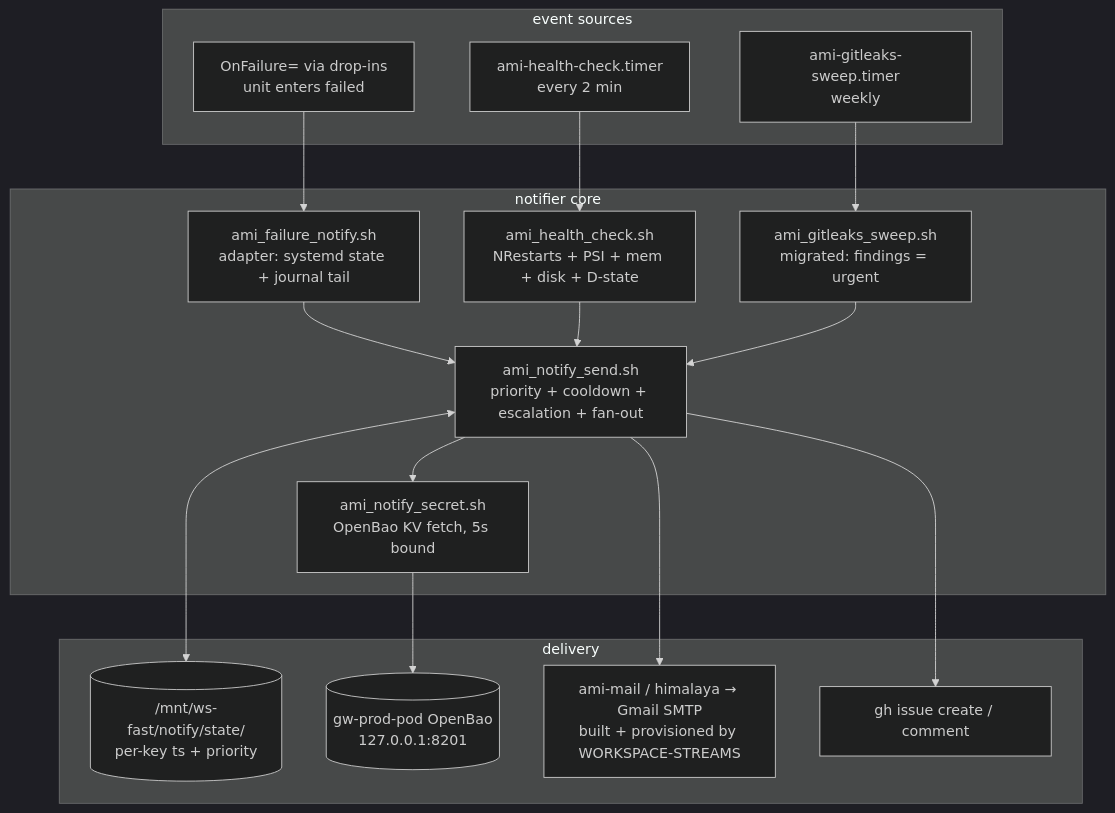
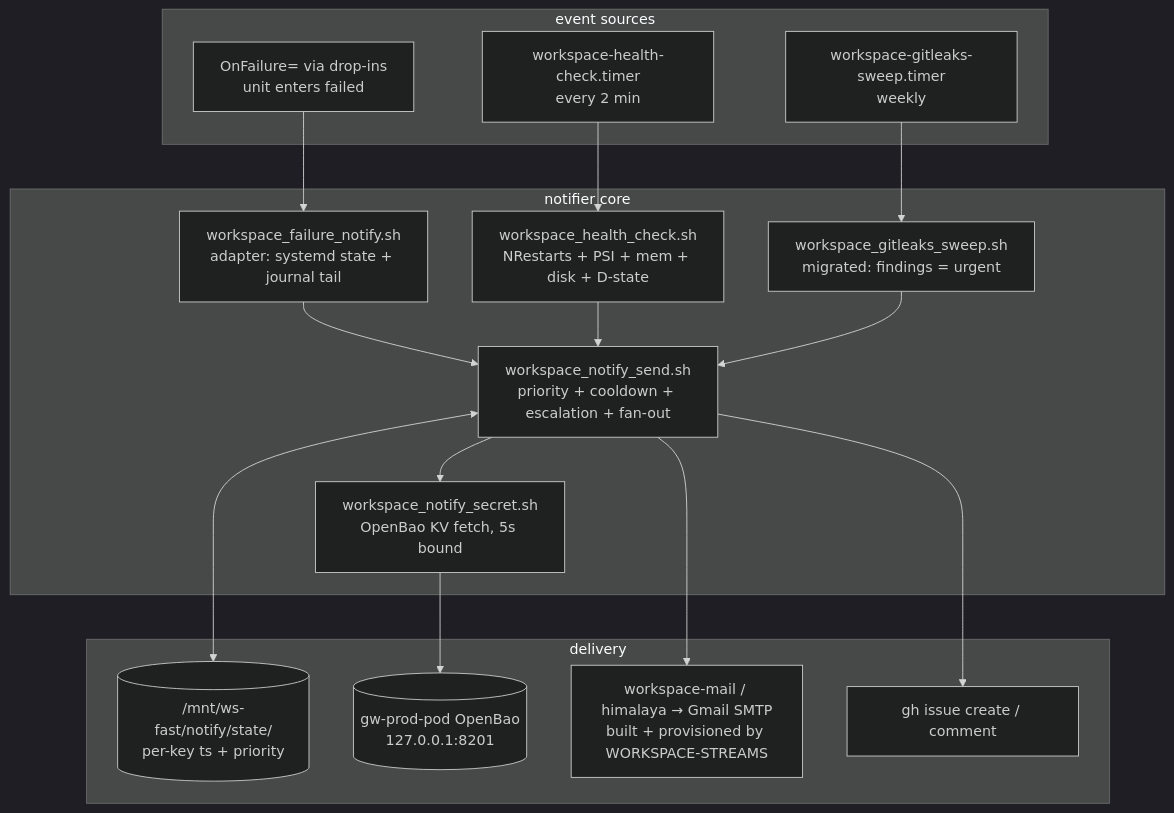
The diagram in docs/specifications/SPEC-NOTIFICATIONS.md (Independent-AI-Labs/WORKSPACE-VM), drawn with Mermaid (dark theme) before and after one commit. The commit also changed other lines of this file and 137 other files, not shown here.

````diff
--- a/docs/specifications/SPEC-NOTIFICATIONS.md
+++ b/docs/specifications/SPEC-NOTIFICATIONS.md
@@ -32,32 +32,32 @@
 ```mermaid
 flowchart TB
     subgraph events [event sources]
     OnFail[OnFailure= via drop-ins<br/>unit enters failed]
-    HC[ami-health-check.timer<br/>every 2 min]
-    GS[ami-gitleaks-sweep.timer<br/>weekly]
+    HC[workspace-health-check.timer<br/>every 2 min]
+    GS[workspace-gitleaks-sweep.timer<br/>weekly]
     end
 
     subgraph engine [notifier core]
-    Adapter[ami_failure_notify.sh<br/>adapter: systemd state + journal tail]
-    Checker[ami_health_check.sh<br/>NRestarts + PSI + mem + disk + D-state]
-    Sweep[ami_gitleaks_sweep.sh<br/>migrated: findings = urgent]
-    Core[ami_notify_send.sh<br/>priority + cooldown + escalation + fan-out]
-    Secret[ami_notify_secret.sh<br/>OpenBao KV fetch, 5s bound]
+    Adapter[workspace_failure_notify.sh<br/>adapter: systemd state + journal tail]
+    Checker[workspace_health_check.sh<br/>NRestarts + PSI + mem + disk + D-state]
+    Sweep[workspace_gitleaks_sweep.sh<br/>migrated: findings = urgent]
+    Core[workspace_notify_send.sh<br/>priority + cooldown + escalation + fan-out]
+    Secret[workspace_notify_secret.sh<br/>OpenBao KV fetch, 5s bound]
     end
 
     subgraph channels [delivery]
     State[(/mnt/ws-fast/notify/state/<br/>per-key ts + priority)]
     Bao[(gw-prod-pod OpenBao<br/>127.0.0.1:8201)]
-    Mail[ami-mail / himalaya → Gmail SMTP<br/>built + provisioned by WORKSPACE-STREAMS]
+    Mail[workspace-mail / himalaya → Gmail SMTP<br/>built + provisioned by WORKSPACE-STREAMS]
     Gh[gh issue create / comment]
     end
 
     OnFail --> Adapter --> Core
     HC --> Checker --> Core
     GS --> Sweep --> Core
     Core <--> State
     Secret --> Bao
     Core --> Secret
     Core --> Mail
     Core --> Gh
 ```
````
